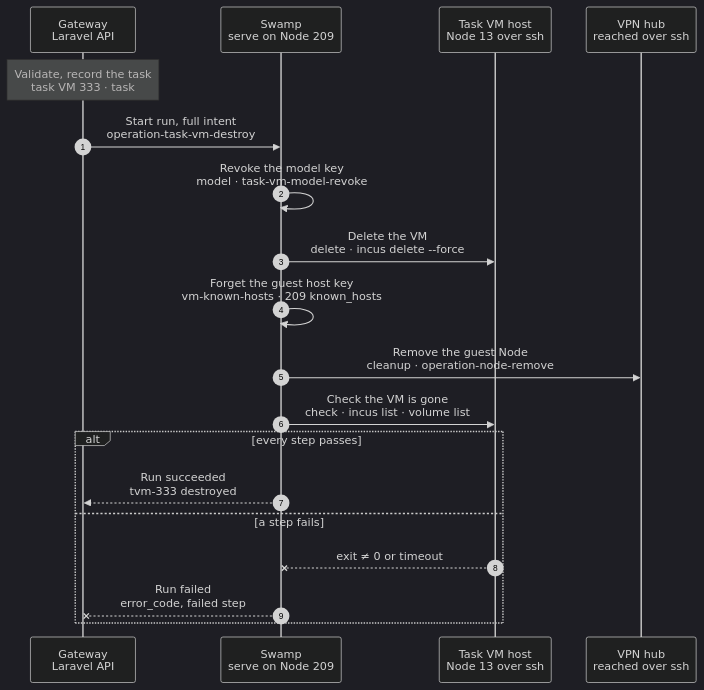
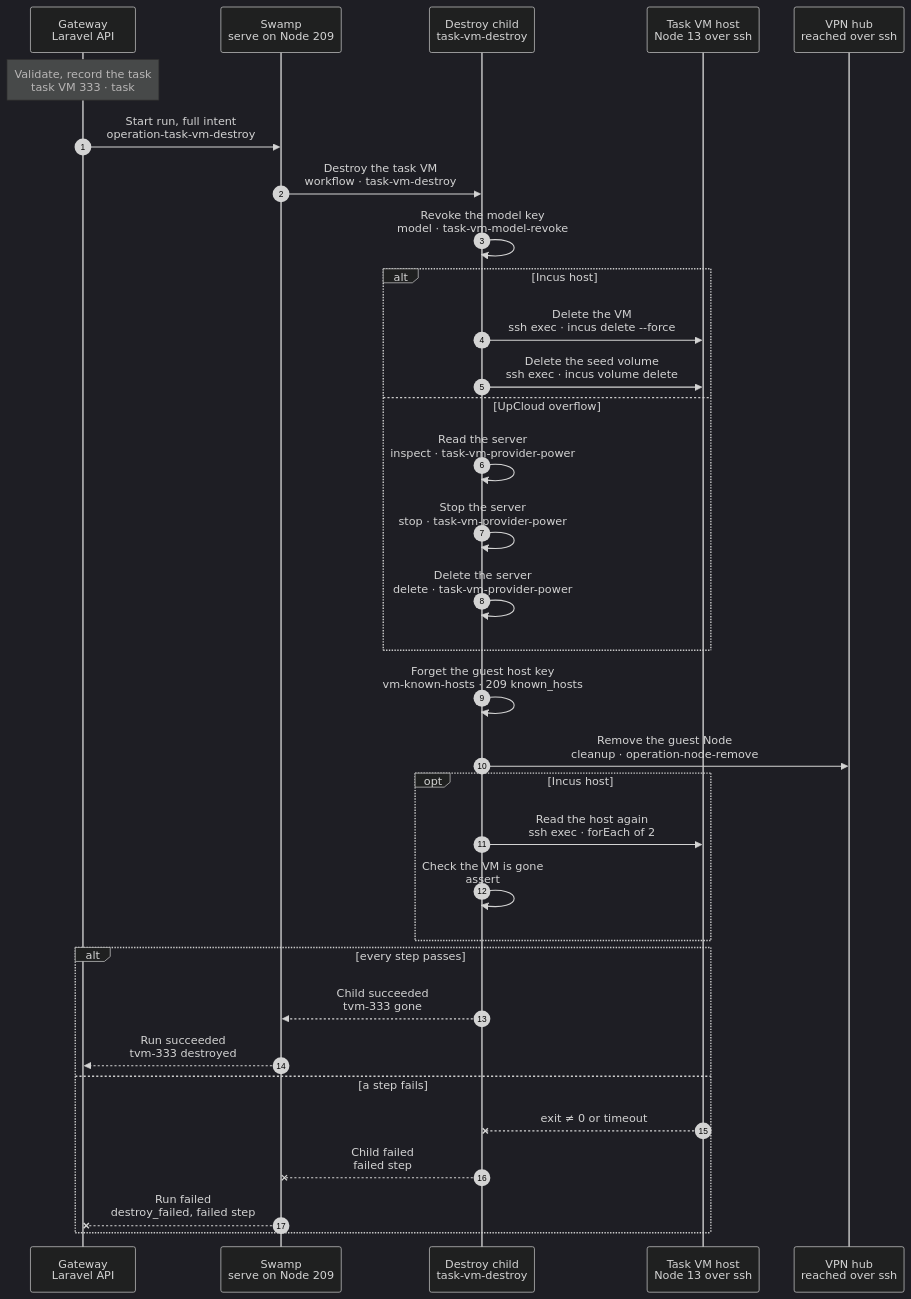
Before and after one commit to hardimpactdev/orbit: the diagram in docs/cli/tasks/vm-destroy.mmd, drawn with Mermaid (dark theme).

Commit message:
docs(task-vms): destroy chart, tightened
The first pass promised one argv that deletes the VM and its seed volume,
and one argv that reads both back; Incus needs two commands for each, so
the delete is two pinned exec steps and the read-back one forEach of two
queries ending in a native assert (rules 22, 9). The child keeps no plan,
seed decode, revocation decode or terminal fold, and neither the child
nor the root prints a result: the Gateway reads the step statuses and
builds the cleanup receipt from its captured intent (rule 14). No read
precedes the forced deletes; an absent VM or volume counts as done and
the end check proves it (rule 16). The shared child stays because
tasks.cancel and a failed provision run it too (typed boundary). UpCloud
keeps its provider-power read, stop and delete, now drawn as its branch.

Common Incus path: 7 numbered steps before over 15 workflow steps (13 in
the child, most hidden), 9 after, each one workflow step (10 in total).

```diff
--- a/docs/cli/tasks/vm-destroy.mmd
+++ b/docs/cli/tasks/vm-destroy.mmd
@@ -1,86 +1,109 @@
 sequenceDiagram
-  %% Target design: swamp/workflows/workflow-operation-task-vm-destroy.yaml (+ task-vm-destroy, provider-power, model-revoke, operation-node-remove children), docs/reference/compute-drivers.md, docs/reference/task-vm-native-provision.md, docs/reference/tasks.md, DECISIONS R1-R4.
-  %% Tightened: flow-tighten 2026-11-02, rules 6, 9, 14, 15, 16, 17, 18, 20, 22 (no decode or report steps; revoke beside delete prep; one forced delete with the seed volume; one end check).
+  %% Target design: swamp/workflows/workflow-operation-task-vm-destroy.yaml (+ the shared task-vm-destroy child, provider-power for UpCloud, model-revoke and operation-node-remove children), docs/reference/compute-drivers.md, docs/reference/task-vm-native-provision.md, docs/reference/tasks.md, DECISIONS R1-R4.
+  %% Tightened: flow-tighten 2026-11-02 (second pass), rules 22 (one command is one exec argv: the VM delete and the seed volume delete are two argvs, so two steps; no TypeScript plan, seed decode or terminal fold), 9 (one read-back of the VM and the volume, one native `assert`), 14 (no `result` step in the child or the root; the Gateway reads the run's step statuses and builds the receipt from its captured intent), 16 (no read before the forced delete; an absent VM or volume counts as done and the end check proves it), 21 (the child stays: tasks.cancel and failed provisions run it too, so it is a typed boundary).
   %% status: draft
   %% command: none · group end or the host sweep
   %% kind: task_vm.destroy
   autonumber
   %% lane GW icon=gateway pill=intent tone=blue
   %% lane SW icon=workflow pill=executes tone=green
+  %% lane DC icon=workflow pill=executes tone=green
   %% lane H icon=server pill=target tone=amber
   %% lane HUB icon=server pill=target tone=purple
   participant GW as Gateway<br/>Laravel API
   participant SW as Swamp<br/>serve on Node 209
+  participant DC as Destroy child<br/>task-vm-destroy
   participant H as Task VM host<br/>Node 13 over ssh
   participant HUB as VPN hub<br/>reached over ssh
   Note over GW: Validate, record the task<br/>task VM 333 · task #5181 · Node 13
   %%> Started by:
   %%> - the `DestroyTaskVm` job, when group 77 completes or is cancelled, or its workspace is removed
   %%> - the task VM host sweep, for a retired or `destroying` VM; there is no CLI command
   %%> Requirements:
   %%> - no other task holds `task_vm:333`; a repeated admission returns the same open task
   %%> - no workspace, Route, protected Node resource or unpublished approved work remains on guest Node 340
   %%> Result:
   %%> - task VM 333 is `destroying`; guest Node 340 is `removing`
-  %%> - task #5181 records the provider input, whether a model key exists, the seed volume and the Node removal intent
+  %%> - task #5181 records the provider input, whether a model key exists, the seed volume name and the Node removal intent
   %%> - vault copies for the model key, the router keys and, for UpCloud, the API token
   GW->>SW: Start run, full intent<br/>operation-task-vm-destroy
   %%> What it does:
   %%> - starts one Swamp run on serve (Node 209)
   %%> Inputs:
-  %%> - the intent and `execution_secrets` as vault key names
-  %%> - the Gateway computes `model_required` and the seed argv; no `plan` decode step reads them (rule 15)
-  SW->>SW: Revoke the model key<br/>model · task-vm-model-revoke
+  %%> - the intent and `execution_secrets` as vault key names; no decode step reads them (rule 15)
+  SW->>DC: Destroy the task VM<br/>workflow · task-vm-destroy
+  %%> What it does:
+  %%> - the root's one step runs the shared child; its steps follow on its own lane
+  %%> Why a child:
+  %%> - tasks.cancel and a failed provision run the same child, so it is a typed boundary
+  DC->>DC: Revoke the model key<br/>model · task-vm-model-revoke
   %%> What it does:
   %%> - removes VM 333's model key from the model router from 209 and confirms the anchor key stays
   %%> When:
   %%> - a `guard` skips it when VM 333 has no model key
   %%> Why first:
   %%> - the provider delete waits for it, so a deleted VM never leaves a live key
   %%> Held open:
   %%> - one 209 script until an official HTTP behavior covers the router API
-  SW->>H: Delete the VM<br/>delete · incus delete --force
-  %%> What it does:
-  %%> - one argv on Node 13 deletes `tvm-333`, running or stopped, and its seed volume; an absent VM or volume counts as done
-  %%> Per provider:
-  %%> - UpCloud overflow: the API stops the server, then deletes it with its storage, from 209
-  %%> Replaces:
-  %%> - `plan`, `inspect`, `stop`, `revoked`, `seed-before`, `seed` and `seed-delete` (rules 6, 15, 16)
-  %%> Cancel:
-  %%> - after this step succeeds, the task can no longer be cancelled
-  SW->>SW: Forget the guest host key<br/>vm-known-hosts · 209 known_hosts
+  alt Incus host
+    DC->>H: Delete the VM<br/>ssh exec · incus delete --force
+    %%> How:
+    %%> - one pinned `@swamp/ssh exec` argv: `sudo timeout 180 incus delete --force --project orbit-tasks -- tvm-333`, running or stopped
+    %%> - an absent VM counts as done; the end check proves it is gone
+    %%> Cancel:
+    %%> - after this step succeeds, the task can no longer be cancelled
+    DC->>H: Delete the seed volume<br/>ssh exec · incus volume delete
+    %%> How:
+    %%> - `sudo timeout 180 incus storage volume delete --project orbit-tasks -- <pool> tvm-333-topology-seed`, after the VM releases it
+    %%> - an absent volume counts as done
+  else UpCloud overflow
+    DC->>DC: Read the server<br/>inspect · task-vm-provider-power
+    DC->>DC: Stop the server<br/>stop · task-vm-provider-power
+    %%> When:
+    %%> - a `guard` skips it when the server is not running
+    DC->>DC: Delete the server<br/>delete · task-vm-provider-power
+    %%> How:
+    %%> - each is one inline `curl` on 209 with the token through `--variable`; the delete removes the server with its storage, and its own read-back proves it gone
+  end
+  DC->>DC: Forget the guest host key<br/>vm-known-hosts · 209 known_hosts
   %%> What it does:
   %%> - removes the guest address from the 209 worker's `known_hosts`, so the next VM there brings its own key
   %%> Why:
   %%> - mirrors `Pin the guest host key` in provision (rule 17)
   %%> When:
-  %%> - in parallel with the Node removal; a `guard` skips it when the VM had no WireGuard address
-  SW->>HUB: Remove the guest Node<br/>cleanup · operation-node-remove
+  %%> - a `guard` skips it when the VM had no WireGuard address
+  %%> - runs in parallel with the Node removal
+  DC->>HUB: Remove the guest Node<br/>cleanup · operation-node-remove
   %%> What it does:
   %%> - canonical Node removal of Node 340 under this run: removes its hub peer file and reloads the peer set
   %%> - no guest probe or SSH to the deleted VM
   %%> When:
   %%> - a `guard` skips it when Node 340 is already gone
-  SW->>H: Check the VM is gone<br/>check · incus list · volume list
-  %%> What it does:
-  %%> - one argv reads the VM and its seed volume on Node 13; Swamp's `assert` checks both are absent
-  %%> Replaces:
-  %%> - `seed-after`, `result` and the root `result` print (rules 9, 14)
+  opt Incus host
+    DC->>H: Read the host again<br/>ssh exec · forEach of 2
+    %%> How:
+    %%> - two parallel argvs: `incus query /1.0/instances?project=orbit-tasks` and the custom volumes of the pool
+    DC->>DC: Check the VM is gone<br/>assert
+    %%> End check:
+    %%> - a native `assert`: neither `tvm-333` nor `tvm-333-topology-seed` is listed
+  end
   alt every step passes
+    DC-->>SW: Child succeeded<br/>tvm-333 gone
     SW-->>GW: Run succeeded<br/>tvm-333 destroyed
     %%> How the Gateway learns it:
-    %%> - its run reader sees the terminal event and reads the `check` step's outputs
+    %%> - its run reader sees the terminal event and reads the run once; it builds the cleanup receipt from the captured intent
     %%> Result:
     %%> - removes Node 340 and its Process records, marks task VM 333 `destroyed` and clears its Pi token
     %%> - task #5181 succeeds; the host slot is free for the next claim
   else a step fails
-    H--xSW: exit ≠ 0 or timeout
+    H--xDC: exit ≠ 0 or timeout
     %%> When:
-    %%> - the revoke, the delete, the Node removal or the check fails
-    SW--xGW: Run failed<br/>error_code, failed step
+    %%> - the revoke, a delete, the Node removal or the end check fails
+    DC--xSW: Child failed<br/>failed step
+    SW--xGW: Run failed<br/>destroy_failed, failed step
     %%> Result:
     %%> - task #5181 fails; task VM 333 stays `destroying` with the error and keeps its credentials and cleanup intent
     %%> - Node 340 becomes `failed` with `failed_step` `remove:operation`
     %%> Retry:
-    %%> - the host sweep admits the VM again; the guards skip finished work
+    %%> - the host sweep admits the VM again; the forced deletes and the guards make the rerun safe
   end
```
